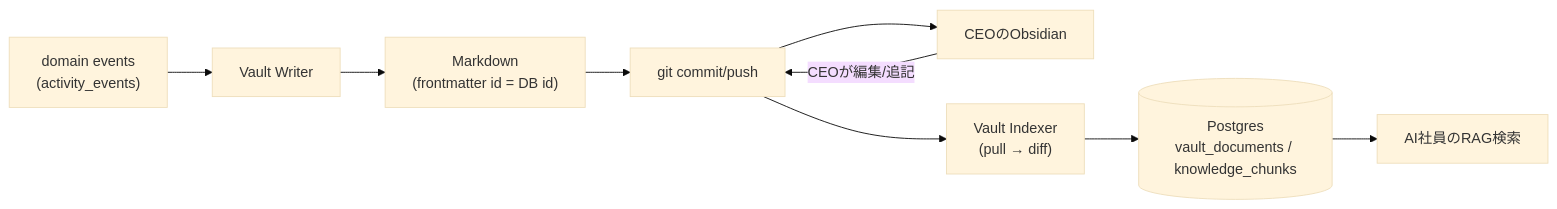
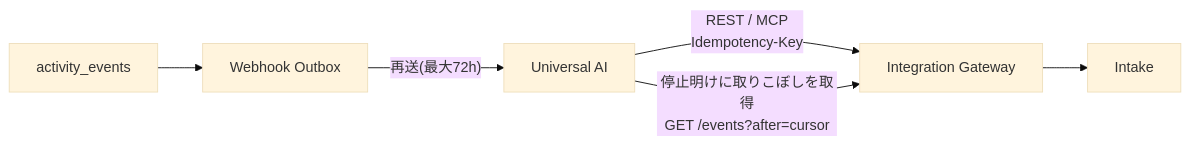
One commit to Re-Palette/ARQO-Company changed the sixth of 6 diagrams in docs/design/01-architecture.md. Above: the diagram before and after it, drawn with Mermaid (base theme). The commit also changed other lines of this file and 32 other files, not shown here.

````diff
--- a/docs/design/01-architecture.md
+++ b/docs/design/01-architecture.md
@@ -199,11 +229,8 @@
 ```mermaid
 flowchart LR
-    EV["domain events<br/>(activity_events)"] --> VW["Vault Writer"]
-    VW --> MD["Markdown<br/>(frontmatter id = DB id)"]
-    MD --> GIT["git commit/push"]
-    GIT --> OBS["CEOのObsidian"]
-    OBS -- CEOが編集/追記 --> GIT
-    GIT --> IDX["Vault Indexer<br/>(pull → diff)"]
-    IDX --> PG[("Postgres<br/>vault_documents / knowledge_chunks")]
-    PG --> RAG["AI社員のRAG検索"]
+    UA["Universal AI"] -->|"REST / MCP<br/>Idempotency-Key"| GW["Integration Gateway"]
+    GW --> IN["Intake"]
+    EV["activity_events"] --> OB["Webhook Outbox"]
+    OB -->|"再送(最大72h)"| UA
+    UA -->|"停止明けに取りこぼしを取得<br/>GET /events?after=cursor"| GW
 ```
````
